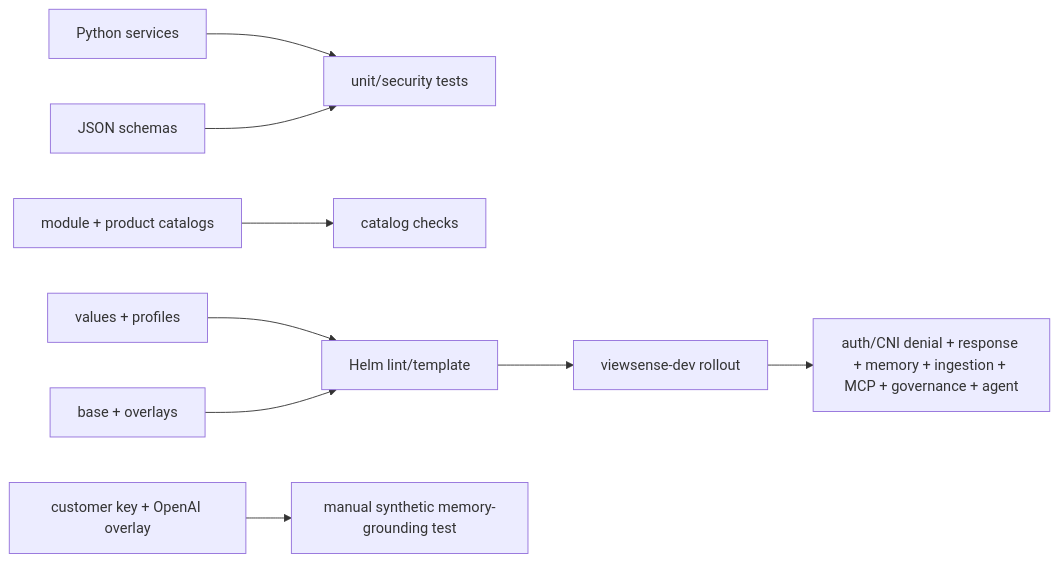
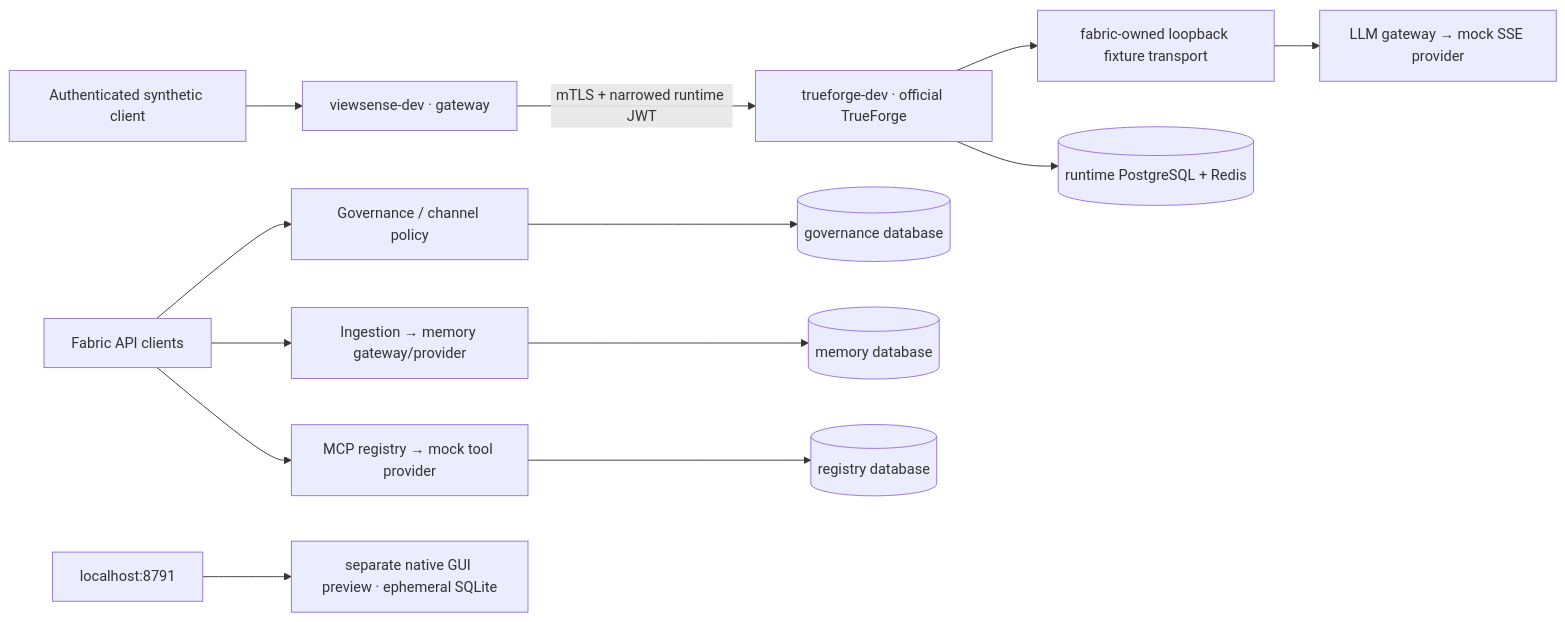
Before and after one commit to diaryfolio/aiops-fabric-docs: the diagram in docs/design/high-level/00-implementation-conformance.md, drawn with Mermaid. The commit also changed other lines of this file and 57 other files, not shown here.

````diff
--- a/docs/design/high-level/00-implementation-conformance.md
+++ b/docs/design/high-level/00-implementation-conformance.md
@@ -504,11 +54,15 @@
 ```mermaid
 flowchart LR
-    Source["Python services"] --> Unit["unit/security tests"]
-    Contracts["JSON schemas"] --> Unit
-    Modules["module + product catalogs"] --> Catalog["catalog checks"]
-    Helm["values + profiles"] --> Render["Helm lint/template"]
-    Kustomize["base + overlays"] --> Render
-    Render --> K8s["viewsense-dev rollout"]
-    K8s --> Smoke["auth/CNI denial + response + memory + ingestion + MCP + governance + agent"]
-    OpenAIProfile["customer key + OpenAI overlay"] --> Live["manual synthetic memory-grounding test"]
+    Caller["Authenticated synthetic client"] --> Edge["viewsense-dev · gateway"]
+    Edge -->|"mTLS + narrowed runtime JWT"| TF["trueforge-dev · official TrueForge"]
+    TF --> Local["fabric-owned loopback fixture transport"]
+    Local --> LLM["LLM gateway → mock SSE provider"]
+    TF --> RuntimeState[("runtime PostgreSQL + Redis")]
+    Clients["Fabric API clients"] --> Governance["Governance / channel policy"]
+    Clients --> Ingestion["Ingestion → memory gateway/provider"]
+    Clients --> MCP["MCP registry → mock tool provider"]
+    Governance --> GovState[("governance database")]
+    Ingestion --> MemoryState[("memory database")]
+    MCP --> RegistryState[("registry database")]
+    Browser["localhost:8791"] --> Preview["separate native GUI preview · ephemeral SQLite"]
 ```
````
